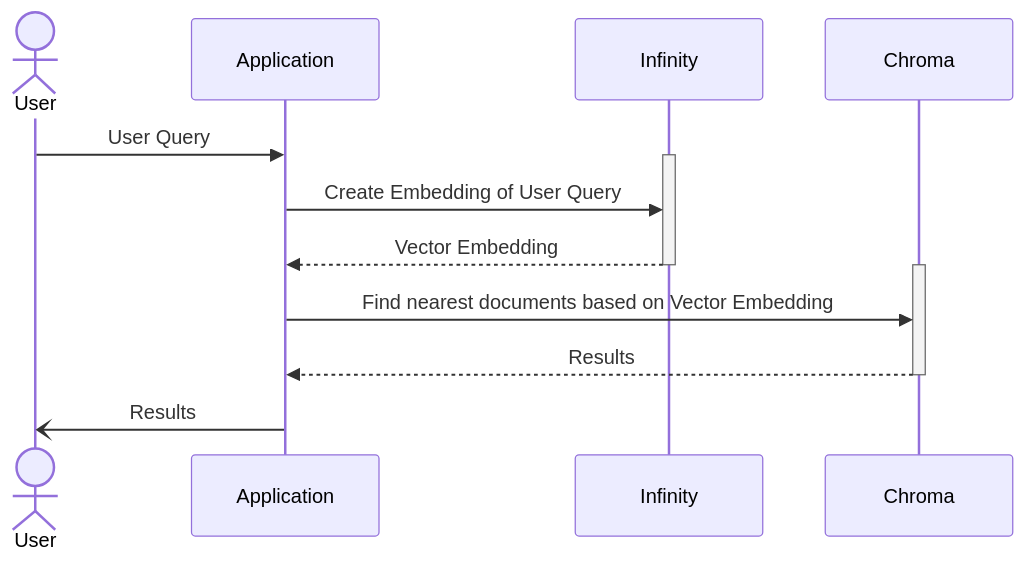
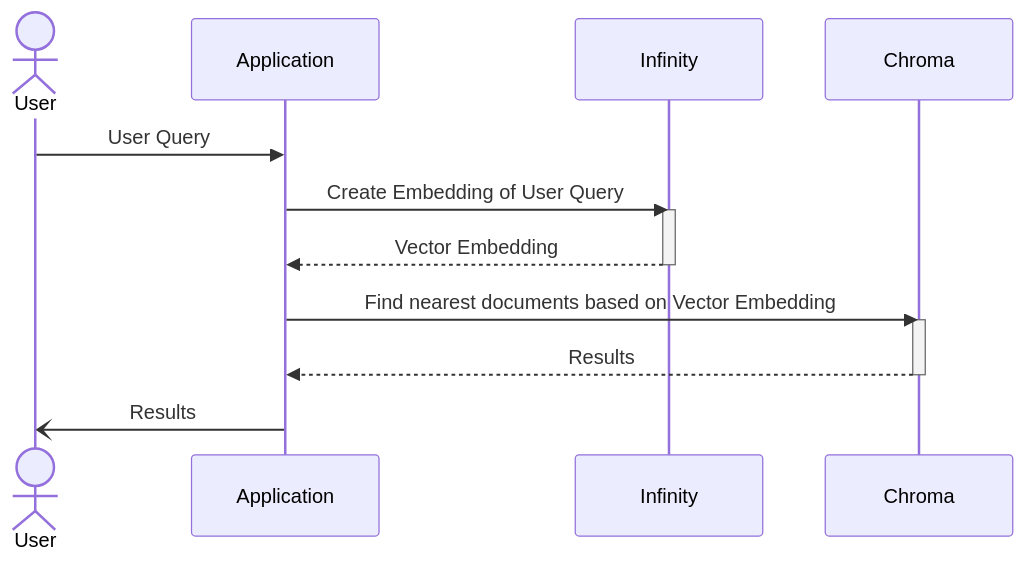
The diagram in README.md (cygni/cygni-competence-vectordbs), drawn with Mermaid before and after one commit. The commit also changed other lines of this file, not shown here.

````diff
--- a/README.md
+++ b/README.md
@@ -12,14 +12,14 @@
 ```mermaid
 sequenceDiagram
     actor User
     User->>Application: User Query
+    Application->>Infinity: Create Embedding of User Query
     activate Infinity
-    Application->>Infinity: Create Embedding of User Query
     Infinity-->>Application: Vector Embedding
     deactivate Infinity
+    Application->>Chroma: Find nearest documents based on Vector Embedding
     activate Chroma
-    Application->>Chroma: Find nearest documents based on Vector Embedding
     Chroma-->>Application: Results
     deactivate Chroma
     Application-)User: Results
 ```
````
